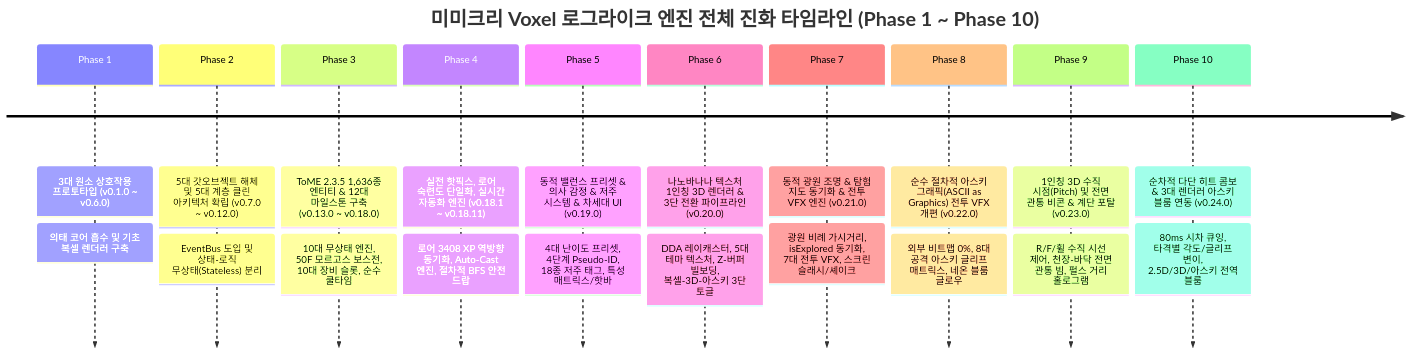
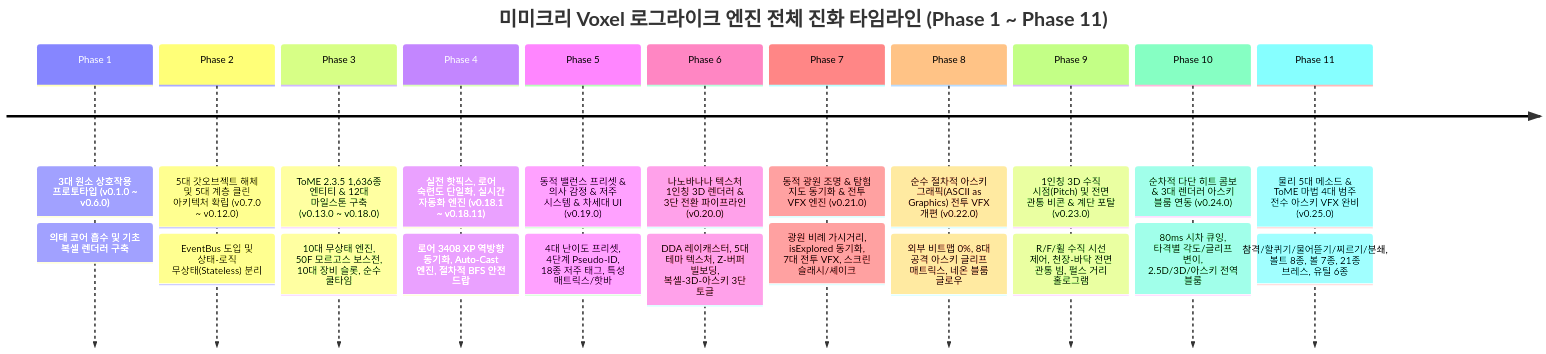
The diagram in DEVELOPMENT_LOG.md (loverspath/mimicry_voxel), drawn with Mermaid before and after one commit. The commit also changed other lines of this file and 9 other files, not shown here.

````diff
--- a/DEVELOPMENT_LOG.md
+++ b/DEVELOPMENT_LOG.md
@@ -20,24 +20,26 @@
 ```mermaid
 timeline
-    title 미미크리 Voxel 로그라이크 엔진 전체 진화 타임라인 (Phase 1 ~ Phase 10)
+    title 미미크리 Voxel 로그라이크 엔진 전체 진화 타임라인 (Phase 1 ~ Phase 11)
     Phase 1 : 3대 원소 상호작용 프로토타입 (v0.1.0 ~ v0.6.0)
             : 의태 코어 흡수 및 기초 복셀 렌더러 구축
     Phase 2 : 5대 갓오브젝트 해체 및 5대 계층 클린 아키텍처 확립 (v0.7.0 ~ v0.12.0)
             : EventBus 도입 및 상태-로직 무상태(Stateless) 분리
     Phase 3 : ToME 2.3.5 1,636종 엔티티 & 12대 마일스톤 구축 (v0.13.0 ~ v0.18.0)
             : 10대 무상태 엔진, 50F 모르고스 보스전, 10대 장비 슬롯, 순수 쿨타임
     Phase 4 : 실전 핫픽스, 로어 숙련도 단일화, 실시간 자동화 엔진 (v0.18.1 ~ v0.18.11)
             : 로어 3408 XP 역방향 동기화, Auto-Cast 엔진, 절차적 BFS 안전 드랍
     Phase 5 : 동적 밸런스 프리셋 & 의사 감정 & 저주 시스템 & 차세대 UI (v0.19.0)
             : 4대 난이도 프리셋, 4단계 Pseudo-ID, 18종 저주 태그, 특성 매트릭스/핫바
     Phase 6 : 나노바나나 텍스처 1인칭 3D 렌더러 & 3단 전환 파이프라인 (v0.20.0)
             : DDA 레이캐스터, 5대 테마 텍스처, Z-버퍼 빌보딩, 복셀-3D-아스키 3단 토글
     Phase 7 : 동적 광원 조명 & 탐험 지도 동기화 & 전투 VFX 엔진 (v0.21.0)
             : 광원 비례 가시거리, isExplored 동기화, 7대 전투 VFX, 스크린 슬래시/셰이크
     Phase 8 : 순수 절차적 아스키 그래픽(ASCII as Graphics) 전투 VFX 개편 (v0.22.0)
             : 외부 비트맵 0%, 8대 공격 아스키 글리프 매트릭스, 네온 블룸 글로우
     Phase 9 : 1인칭 3D 수직 시점(Pitch) 및 전면 관통 비콘 & 계단 포탈 (v0.23.0)
             : R/F/휠 수직 시선 제어, 천장-바닥 전면 관통 빔, 펄스 거리 홀로그램
     Phase 10: 순차적 다단 히트 콤보 & 3대 렌더러 아스키 블룸 연동 (v0.24.0)
             : 80ms 시차 큐잉, 타격별 각도/글리프 변이, 2.5D/3D/아스키 전역 블룸
+    Phase 11: 물리 5대 메소드 & ToME 마법 4대 범주 전수 아스키 VFX 완비 (v0.25.0)
+            : 참격/할퀴기/물어뜯기/찌르기/분쇄, 볼트 8종, 볼 7종, 21종 브레스, 유틸 6종
 ```
````
